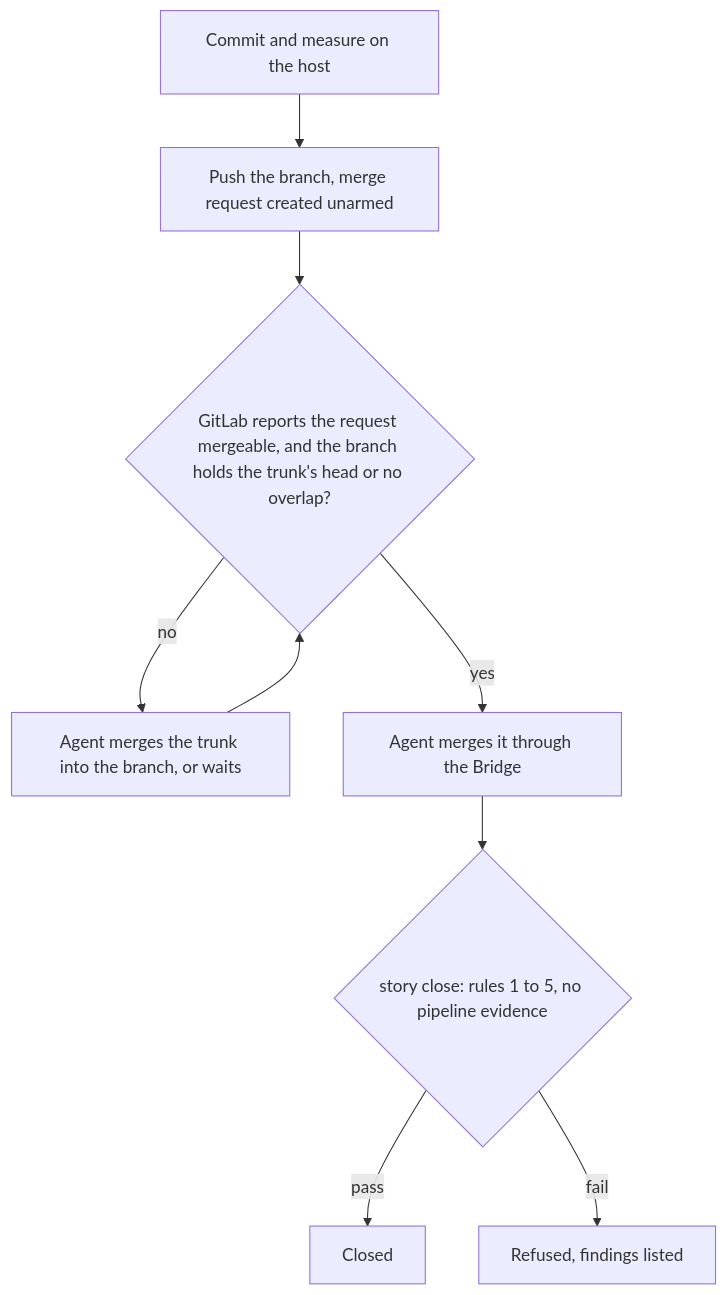
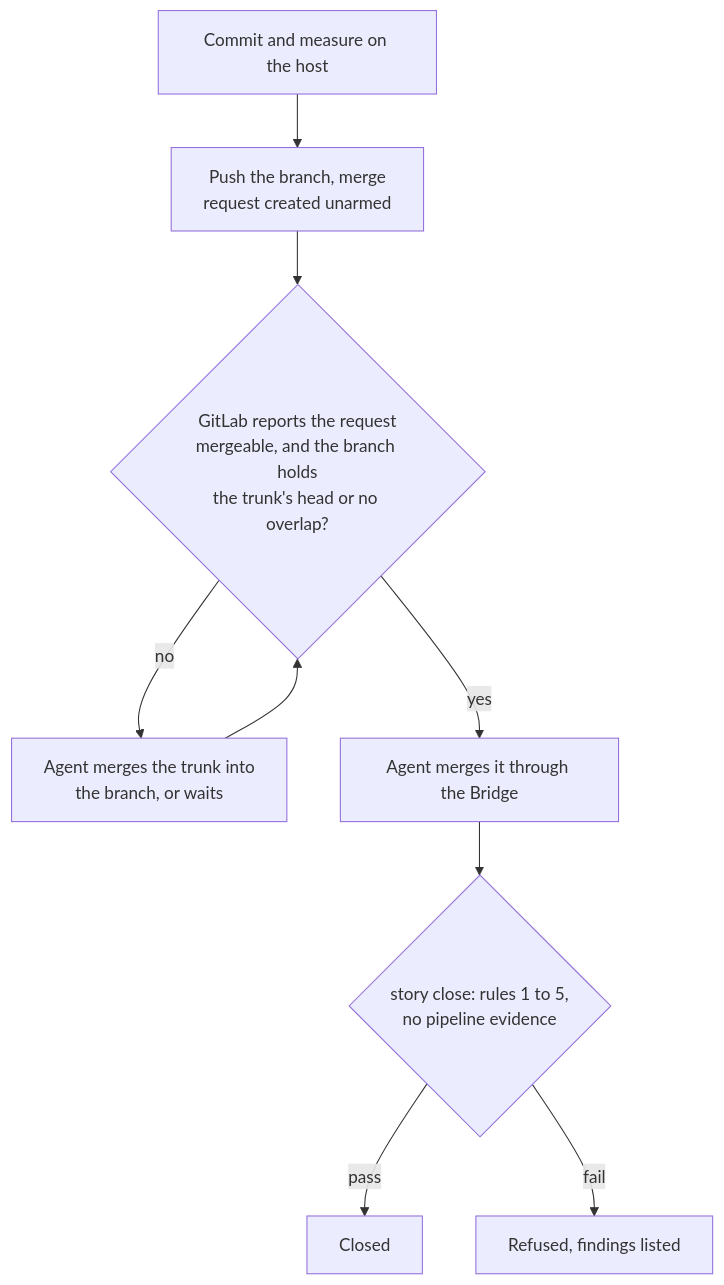
Before and after one commit to DogmaSolutions/Kyklos: the diagram in docs/WORKFLOW_SCENARIO_3.md, drawn with Mermaid. The commit also changed 38 other files, not shown here.

````diff
--- a/docs/WORKFLOW_SCENARIO_3.md
+++ b/docs/WORKFLOW_SCENARIO_3.md
@@ -30,11 +30,11 @@
 ```mermaid
 flowchart TD
-    C["Commit and measure on the host"] --> P["Push the branch, merge request created unarmed"]
-    P --> Q{"GitLab reports the request mergeable, and the branch holds the trunk's head or no overlap?"}
-    Q -->|"no"| W["Agent merges the trunk into the branch, or waits"]
+    C["Commit and measure on the host"] --> P["Push the branch, merge<br/>request created unarmed"]
+    P --> Q{"GitLab reports the request<br/>mergeable, and the branch holds<br/>the trunk's head or no overlap?"}
+    Q -->|"no"| W["Agent merges the trunk into<br/>the branch, or waits"]
     W --> Q
     Q -->|"yes"| M["Agent merges it through the Bridge"]
-    M --> CL{"story close: rules 1 to 5, no pipeline evidence"}
+    M --> CL{"story close: rules 1 to 5,<br/>no pipeline evidence"}
     CL -->|"pass"| D["Closed"]
     CL -->|"fail"| X["Refused, findings listed"]
 ```
````
